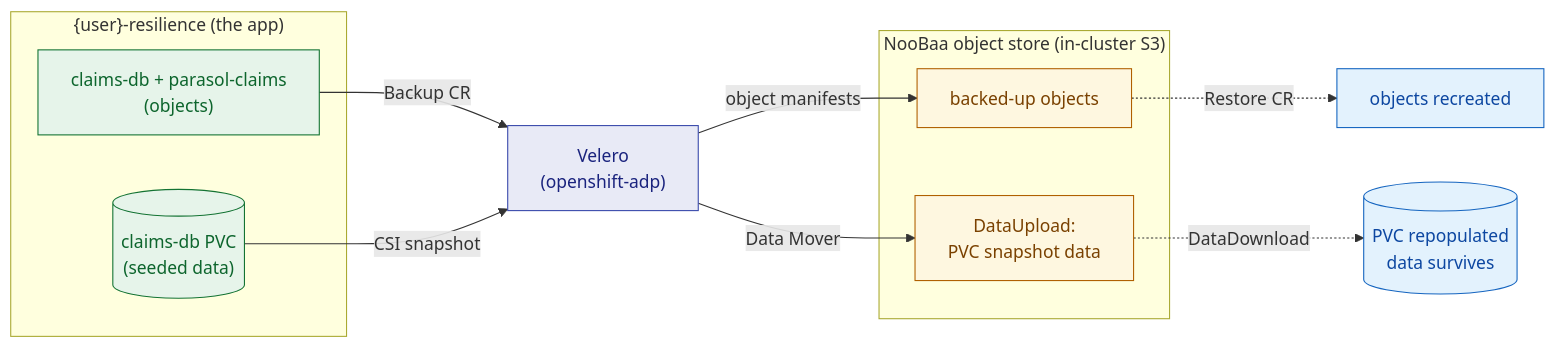
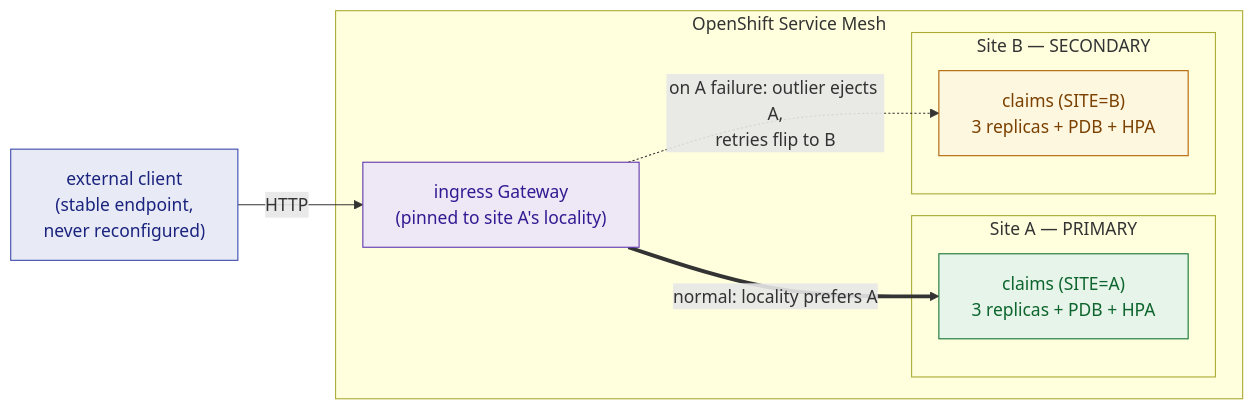
One commit to serhat-dirik/OCP-Getting-Started-Revamped changed the second of 4 diagrams in content/modules/ROOT/pages/m21-resilience-multicluster-dr/concept.adoc. Above: the diagram before and after it, drawn with Mermaid. The commit also changed other lines of this file and 19 other files, not shown here.

Commit message:
feat(m21): rework lab to app-level cross-site failover (Service Mesh + RHSI)

```diff
--- a/content/modules/ROOT/pages/m21-resilience-multicluster-dr/concept.adoc
+++ b/content/modules/ROOT/pages/m21-resilience-multicluster-dr/concept.adoc
@@ -100,24 +91,22 @@
 [mermaid]
 ....
 graph LR
-  subgraph ns["{user}-resilience (the app)"]
-    dep["claims-db + parasol-claims<br/>(objects)"]
-    pvc[("claims-db PVC<br/>(seeded data)")]
+  client["external client<br/>(stable endpoint,<br/>never reconfigured)"]
+  subgraph mesh["OpenShift Service Mesh"]
+    gw["ingress Gateway<br/>(pinned to site A's locality)"]
+    subgraph a["Site A — PRIMARY"]
+      sa["claims (SITE=A)<br/>3 replicas + PDB + HPA"]
+    end
+    subgraph b["Site B — SECONDARY"]
+      sb["claims (SITE=B)<br/>3 replicas + PDB + HPA"]
+    end
   end
-  velero["Velero<br/>(openshift-adp)"]
-  subgraph store["NooBaa object store (in-cluster S3)"]
-    objs["backed-up objects"]
-    data["DataUpload:<br/>PVC snapshot data"]
-  end
-  dep -->|"Backup CR"| velero
-  pvc -->|"CSI snapshot"| velero
-  velero -->|"object manifests"| objs
-  velero -->|"Data Mover"| data
-  objs -.->|"Restore CR"| dep2["objects recreated"]
-  data -.->|"DataDownload"| pvc2[("PVC repopulated<br/>data survives")]
-  classDef app fill:#e6f4ea,stroke:#137333,color:#0d652d;
-  classDef v fill:#e8eaf6,stroke:#3949ab,color:#1a237e;
-  classDef s fill:#fef7e0,stroke:#b06000,color:#7a4100;
-  classDef out fill:#e3f2fd,stroke:#1565c0,color:#0d47a1;
-  class dep,pvc app; class velero v; class objs,data s; class dep2,pvc2 out;
+  client -->|"HTTP"| gw
+  gw ==>|"normal: locality prefers A"| sa
+  gw -.->|"on A failure: outlier ejects A,<br/>retries flip to B"| sb
+  classDef c fill:#e8eaf6,stroke:#3949ab,color:#1a237e;
+  classDef g fill:#ede7f6,stroke:#5e35b1,color:#311b92;
+  classDef pa fill:#e6f4ea,stroke:#137333,color:#0d652d;
+  classDef pb fill:#fef7e0,stroke:#b06000,color:#7a4100;
+  class client c; class gw g; class sa pa; class sb pb;
 ....
```
